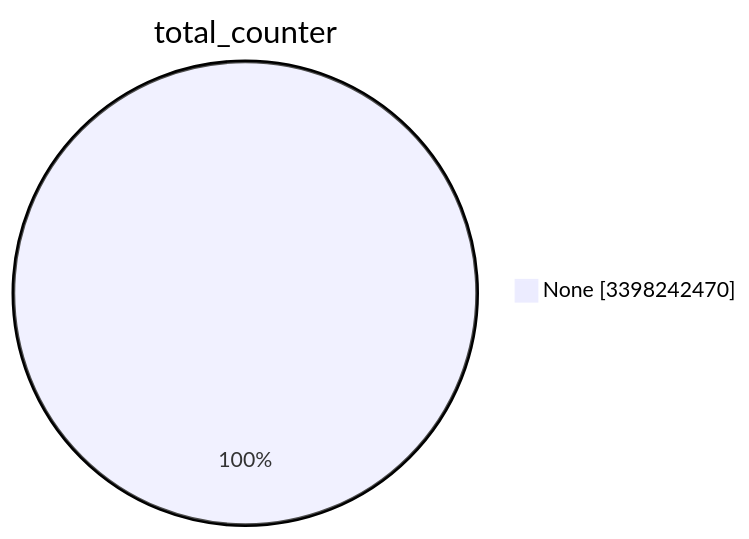
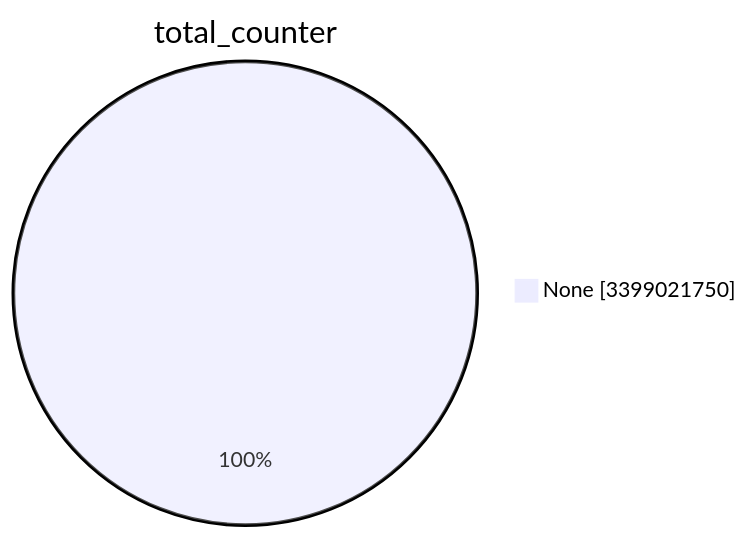
The first of 15 diagrams in TOTAL/README.md (christiankrug/ctmonitor_visualization), drawn with Mermaid before and after one commit. The commit also changed other lines of this file, not shown here.

````diff
--- a/TOTAL/README.md
+++ b/TOTAL/README.md
@@ -1,5 +1,5 @@
 ```mermaid
 pie showData
 title total_counter
-"None" :3398242470
+"None" :3399021750
 ```
````
